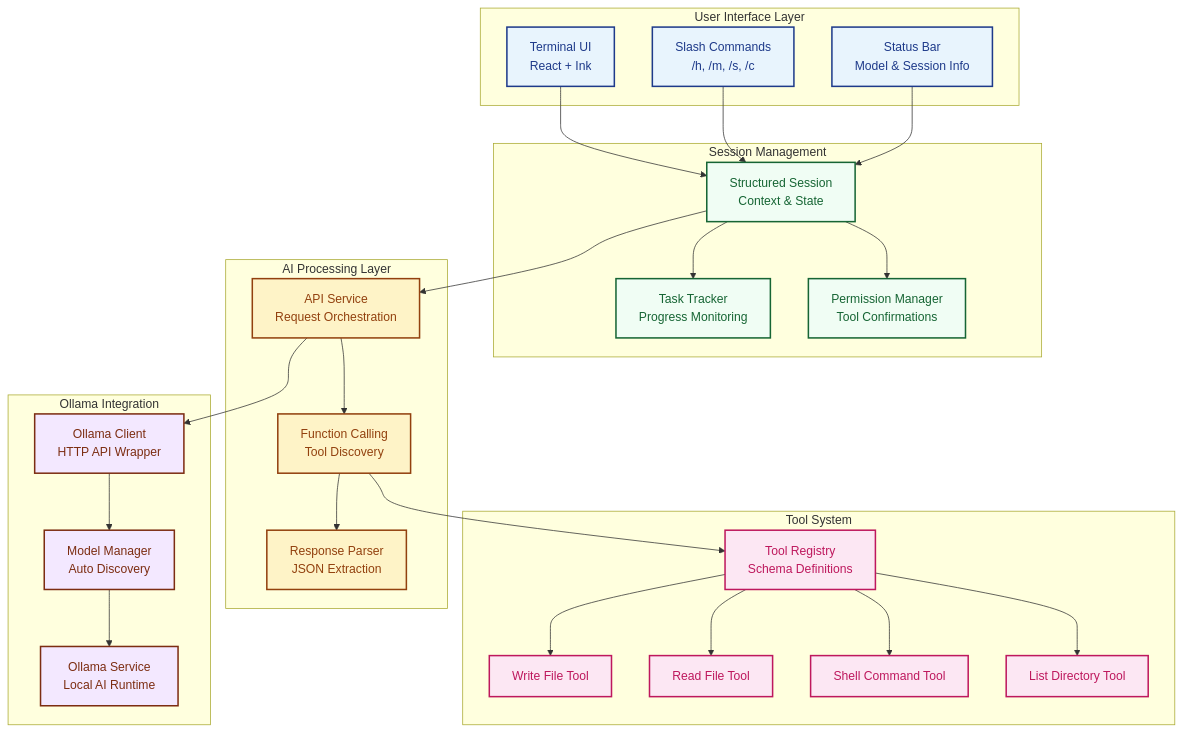
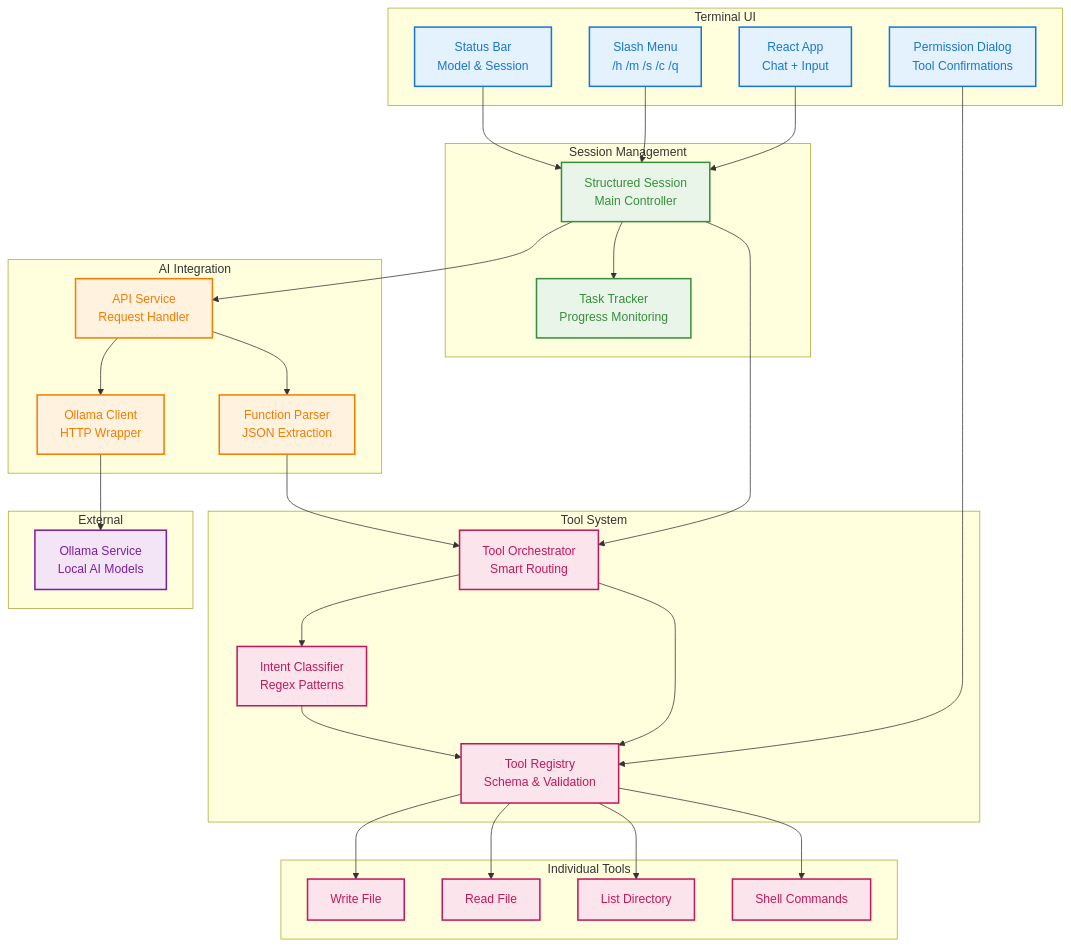
One commit to Ibzie/Numidium-Local changed the diagram in README.md. Above: the diagram before and after it, drawn with Mermaid. The commit also changed other lines of this file and 13 other files, not shown here.

````diff
--- a/README.md
+++ b/README.md
@@ -18,67 +18,73 @@
 ```mermaid
 graph TB
-    subgraph "User Interface Layer"
-        UI[Terminal UI<br/>React + Ink]
-        SC[Slash Commands<br/>/h, /m, /s, /c]
-        SB[Status Bar<br/>Model & Session Info]
+    subgraph "Terminal UI"
+        UI[React App<br/>Chat + Input]
+        SM[Slash Menu<br/>/h /m /s /c /q]
+        PD[Permission Dialog<br/>Tool Confirmations]
+        SB[Status Bar<br/>Model & Session]
     end
 
     subgraph "Session Management"
-        SS[Structured Session<br/>Context & State]
-        TC[Task Tracker<br/>Progress Monitoring]
-        PM[Permission Manager<br/>Tool Confirmations]
-    end
-
-    subgraph "AI Processing Layer"
-        AS[API Service<br/>Request Orchestration]
-        FC[Function Calling<br/>Tool Discovery]
-        RP[Response Parser<br/>JSON Extraction]
+        SS[Structured Session<br/>Main Controller]
+        TT[Task Tracker<br/>Progress Monitoring]
     end
 
     subgraph "Tool System"
-        TR[Tool Registry<br/>Schema Definitions]
-        WF[Write File Tool]
-        RF[Read File Tool]
-        SH[Shell Command Tool]
-        LD[List Directory Tool]
+        TO[Tool Orchestrator<br/>Smart Routing]
+        IC[Intent Classifier<br/>Regex Patterns]
+        TR[Tool Registry<br/>Schema & Validation]
     end
 
-    subgraph "Ollama Integration"
-        OC[Ollama Client<br/>HTTP API Wrapper]
-        MM[Model Manager<br/>Auto Discovery]
-        OS[Ollama Service<br/>Local AI Runtime]
+    subgraph "Individual Tools"
+        WF[Write File]
+        RF[Read File]
+        LD[List Directory]
+        SH[Shell Commands]
+    end
+
+    subgraph "AI Integration"
+        AS[API Service<br/>Request Handler]
+        FP[Function Parser<br/>JSON Extraction]
+        OC[Ollama Client<br/>HTTP Wrapper]
+    end
+
+    subgraph "External"
+        OS[Ollama Service<br/>Local AI Models]
     end
 
     UI --> SS
-    SC --> SS
+    SM --> SS
+    PD --> TR
     SB --> SS
 
+    SS --> TO
+    SS --> TT
     SS --> AS
-    SS --> TC
-    SS --> PM
 
-    AS --> FC
-    FC --> RP
-    AS --> OC
+    TO --> IC
+    TO --> TR
+    IC --> TR
 
-    FC --> TR
     TR --> WF
     TR --> RF
+    TR --> LD
     TR --> SH
-    TR --> LD
 
-    OC --> MM
-    MM --> OS
+    AS --> FP
+    AS --> OC
+    FP --> TO
 
-    classDef ui fill:#E8F4FD,stroke:#1E3A8A,stroke-width:2px,color:#1E3A8A
-    classDef session fill:#F0FDF4,stroke:#166534,stroke-width:2px,color:#166534
-    classDef ai fill:#FEF3C7,stroke:#92400E,stroke-width:2px,color:#92400E
-    classDef tools fill:#FCE7F3,stroke:#BE185D,stroke-width:2px,color:#BE185D
-    classDef ollama fill:#F3E8FF,stroke:#7C2D12,stroke-width:2px,color:#7C2D12
+    OC --> OS
 
-    class UI,SC,SB ui
-    class SS,TC,PM session
-    class AS,FC,RP ai
-    class TR,WF,RF,SH,LD tools
-    class OC,MM,OS ollama
+    classDef ui fill:#E3F2FD,stroke:#1976D2,stroke-width:2px,color:#1976D2
+    classDef session fill:#E8F5E8,stroke:#388E3C,stroke-width:2px,color:#388E3C
+    classDef tools fill:#FCE4EC,stroke:#C2185B,stroke-width:2px,color:#C2185B
+    classDef ai fill:#FFF3E0,stroke:#F57C00,stroke-width:2px,color:#F57C00
+    classDef external fill:#F3E5F5,stroke:#7B1FA2,stroke-width:2px,color:#7B1FA2
+
+    class UI,SM,PD,SB ui
+    class SS,TT session
+    class TO,IC,TR,WF,RF,LD,SH tools
+    class AS,FP,OC ai
+    class OS external
 ```
````
